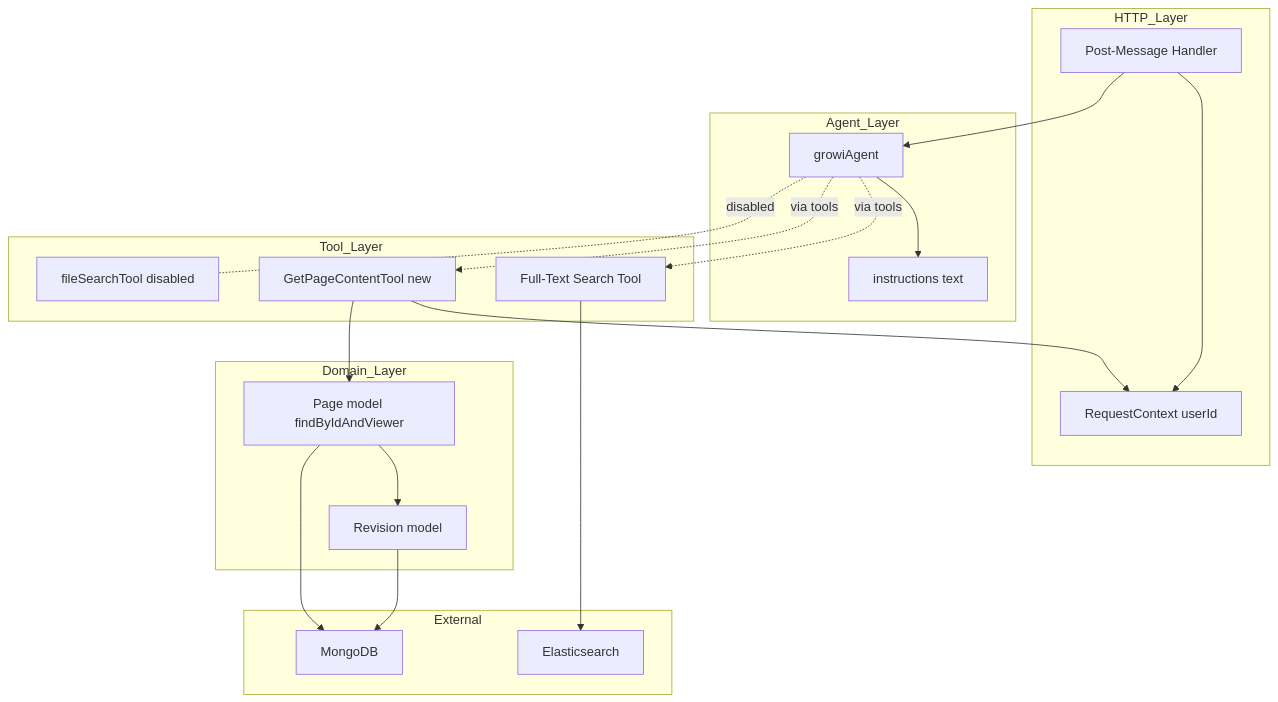
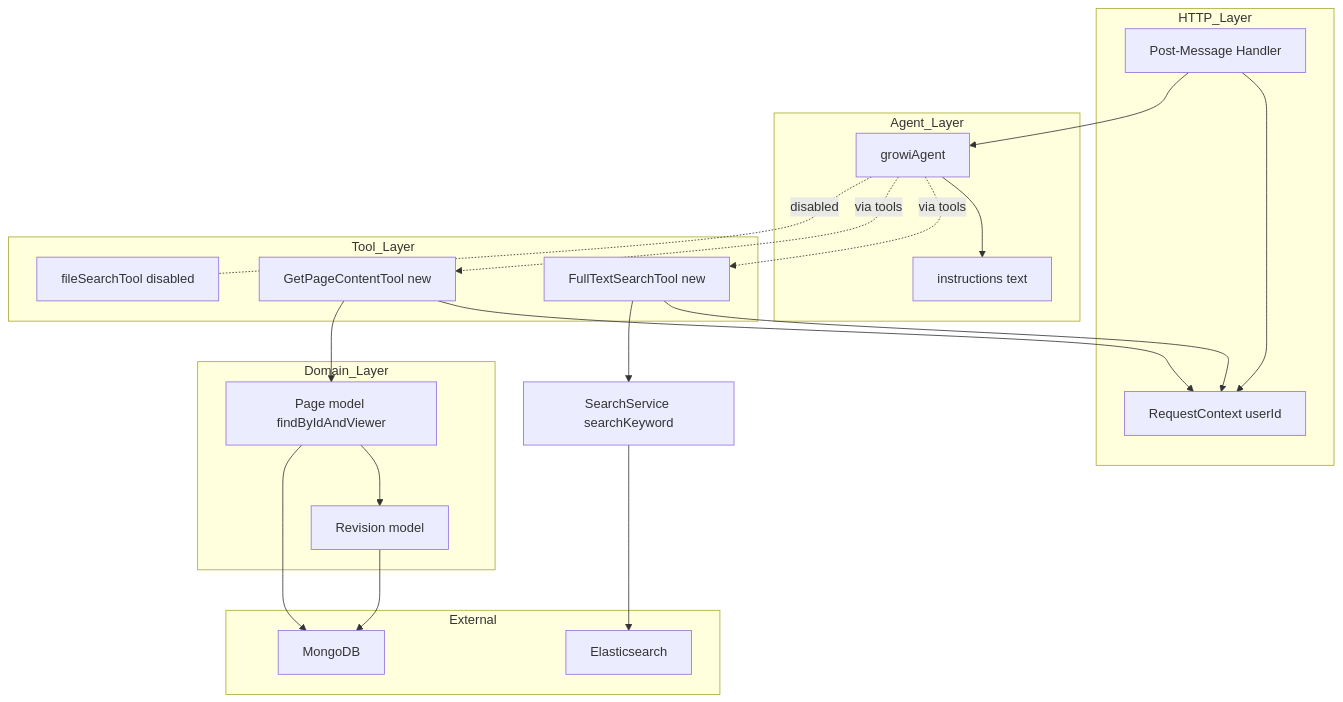
Before and after one commit to growilabs/growi: the first of 3 diagrams in .kiro/specs/agentic-search/design.md, drawn with Mermaid. The commit also changed other lines of this file and 3 other files, not shown here.

````diff
--- a/.kiro/specs/agentic-search/design.md
+++ b/.kiro/specs/agentic-search/design.md
@@ -104,37 +88,39 @@
 ```mermaid
 graph TB
     subgraph HTTP_Layer
         PostMessage[Post-Message Handler]
         ReqCtx[RequestContext userId]
     end
     subgraph Agent_Layer
         GrowiAgent[growiAgent]
         Instructions[instructions text]
     end
     subgraph Tool_Layer
-        FullText[Full-Text Search Tool]
+        FullText[FullTextSearchTool new]
         GetPage[GetPageContentTool new]
         FileSearch[fileSearchTool disabled]
     end
     subgraph Domain_Layer
         PageModel[Page model findByIdAndViewer]
         RevisionModel[Revision model]
     end
     subgraph External
         Mongo[MongoDB]
         Elasticsearch[Elasticsearch]
     end
 
     PostMessage --> ReqCtx
     PostMessage --> GrowiAgent
     GrowiAgent --> Instructions
     GrowiAgent -.via tools.-> FullText
     GrowiAgent -.via tools.-> GetPage
     GrowiAgent -. disabled .- FileSearch
-    FullText --> Elasticsearch
+    FullText --> ReqCtx
+    FullText --> SearchService[SearchService searchKeyword]
+    SearchService --> Elasticsearch
     GetPage --> ReqCtx
     GetPage --> PageModel
     PageModel --> RevisionModel
     PageModel --> Mongo
     RevisionModel --> Mongo
 ```
````
